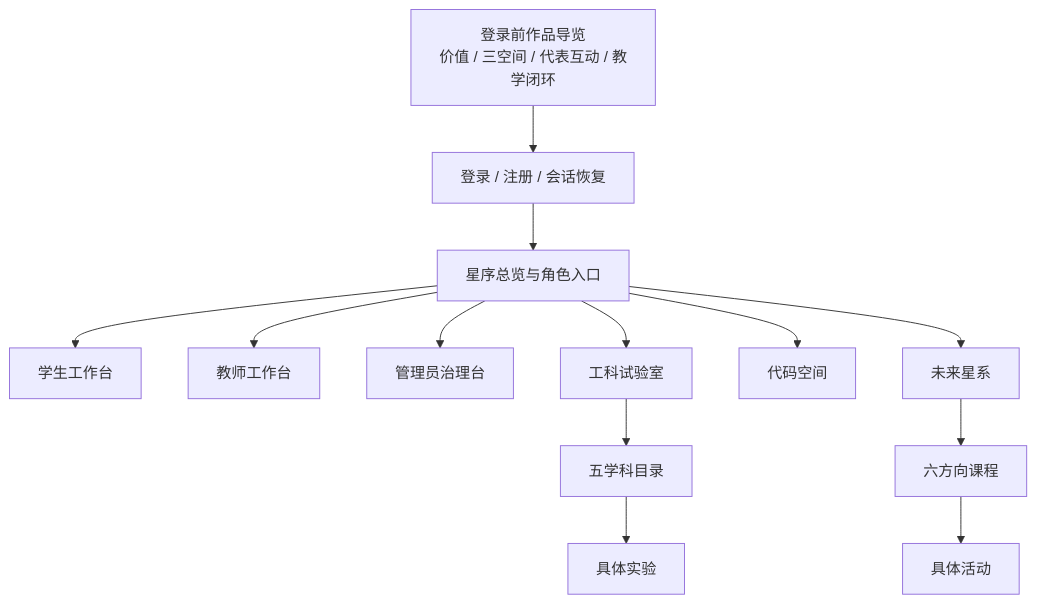
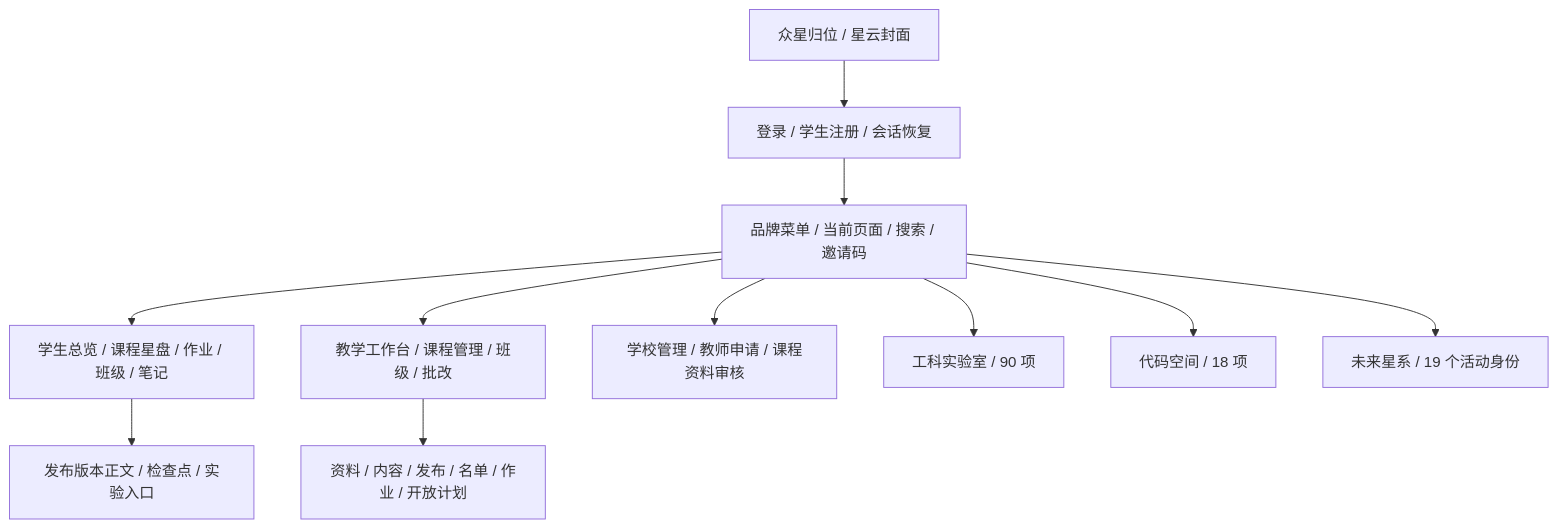
One commit to falling-feather/Astra changed the fifth of 13 diagrams in doc/01-开发者手册.md. Above: the diagram before and after it, drawn with Mermaid. The commit also changed other lines of this file and 51 other files, not shown here.

````diff
--- a/doc/01-开发者手册.md
+++ b/doc/01-开发者手册.md
@@ -349,15 +352,13 @@
 ```mermaid
 flowchart TB
-    GUIDE[登录前作品导览\n价值 / 三空间 / 代表互动 / 教学闭环] --> LOGIN[登录 / 注册 / 会话恢复]
-    LOGIN --> PLANETS[星序总览与角色入口]
-    PLANETS --> STUDENT[学生工作台]
-    PLANETS --> TEACHER[教师工作台]
-    PLANETS --> ADMIN[管理员治理台]
-    PLANETS --> ENGLAB[工科试验室]
-    PLANETS --> CODE[代码空间]
-    PLANETS --> FUTURE[未来星系]
-    ENGLAB --> SUBJECT[五学科目录]
-    SUBJECT --> EXP[具体实验]
-    FUTURE --> DIRECTION[六方向课程]
-    DIRECTION --> ACTIVITY[具体活动]
+    INTRO[众星归位 / 星云封面] --> LOGIN[登录 / 学生注册 / 会话恢复]
+    LOGIN --> SHELL[品牌菜单 / 当前页面 / 搜索 / 邀请码]
+    SHELL --> STUDENT[学生总览 / 课程星盘 / 作业 / 班级 / 笔记]
+    SHELL --> TEACHER[教学工作台 / 课程管理 / 班级 / 批改]
+    SHELL --> ADMIN[学校管理 / 教师申请 / 课程资料审核]
+    SHELL --> ENGLAB[工科实验室 / 90 项]
+    SHELL --> CODE[代码空间 / 18 项]
+    SHELL --> FUTURE[未来星系 / 19 个活动身份]
+    TEACHER --> EDITOR[资料 / 内容 / 发布 / 名单 / 作业 / 开放计划]
+    STUDENT --> LESSON[发布版本正文 / 检查点 / 实验入口]
 ```
````
